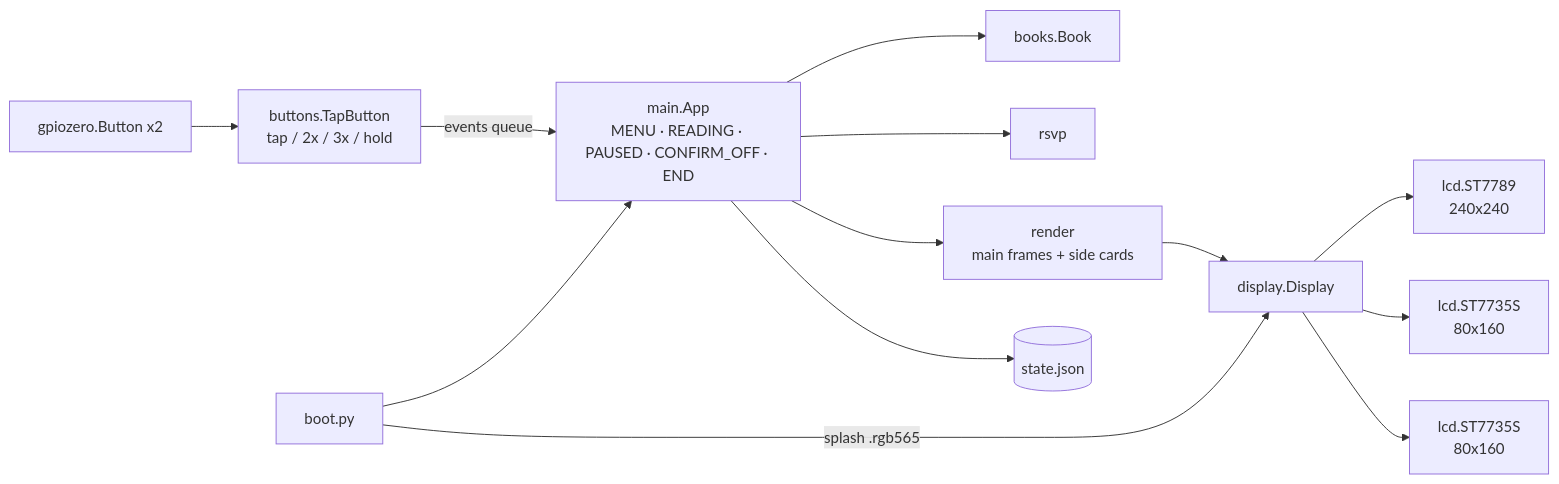
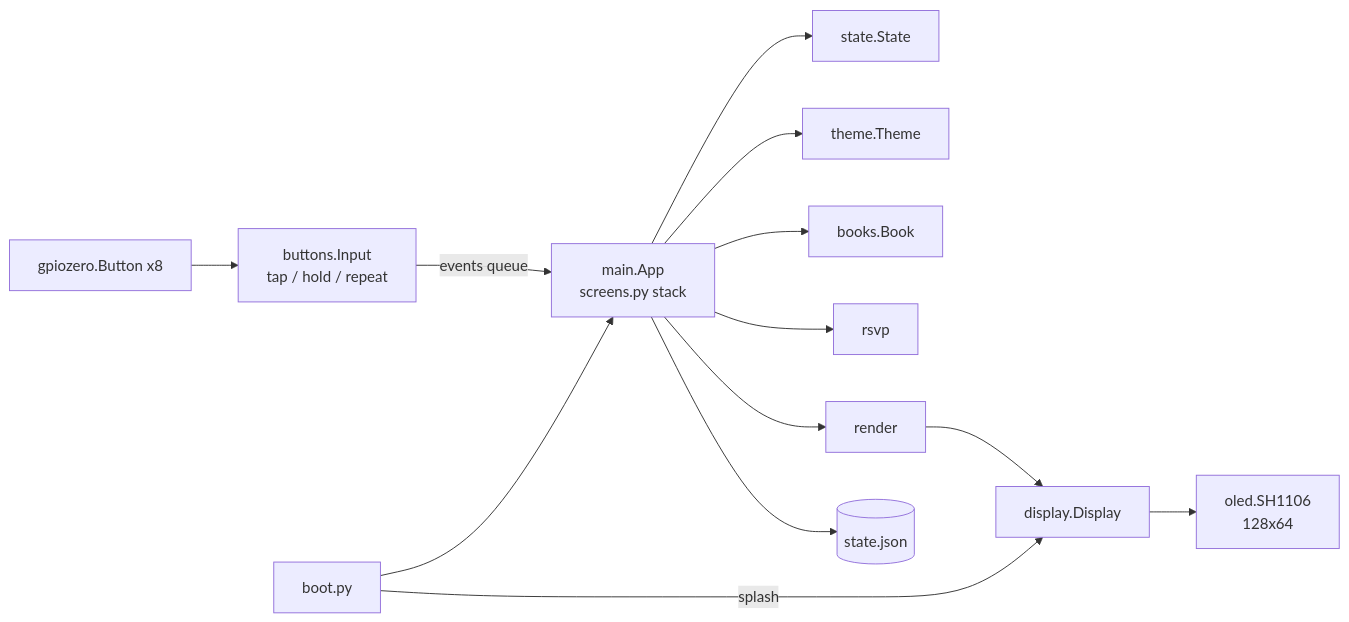
Before and after one commit to iconoptic/0_reader: the diagram in README.md, drawn with Mermaid. The commit also changed other lines of this file and 19 other files, not shown here.

First line of the commit message:
Implement Phase 2A core App screens for the SH1106 stack.

````diff
--- a/README.md
+++ b/README.md
@@ -56,15 +70,15 @@
 ```mermaid
 flowchart LR
-    K[gpiozero.Button x2] --> TB[buttons.TapButton<br/>tap / 2x / 3x / hold]
-    TB -->|events queue| APP[main.App<br/>MENU · READING · PAUSED · CONFIRM_OFF · END]
+    K[gpiozero.Button x8] --> IN[buttons.Input<br/>tap / hold / repeat]
+    IN -->|events queue| APP[main.App<br/>screens.py stack]
+    APP --> STT[state.State]
+    APP --> TH[theme.Theme]
     APP --> BK[books.Book]
     APP --> RS[rsvp]
-    APP --> RD[render<br/>main frames + side cards]
+    APP --> RD[render]
     RD --> D[display.Display]
-    D --> M[lcd.ST7789<br/>240x240]
-    D --> L[lcd.ST7735S<br/>80x160]
-    D --> R[lcd.ST7735S<br/>80x160]
+    D --> O[oled.SH1106<br/>128x64]
     APP --> ST[(state.json)]
-    BOOT[boot.py] -->|splash .rgb565| D
+    BOOT[boot.py] -->|splash| D
     BOOT --> APP
 ```
````
